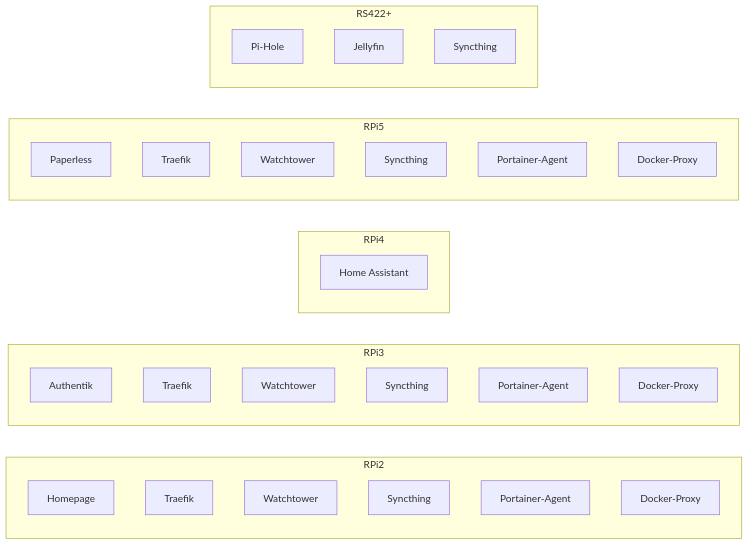
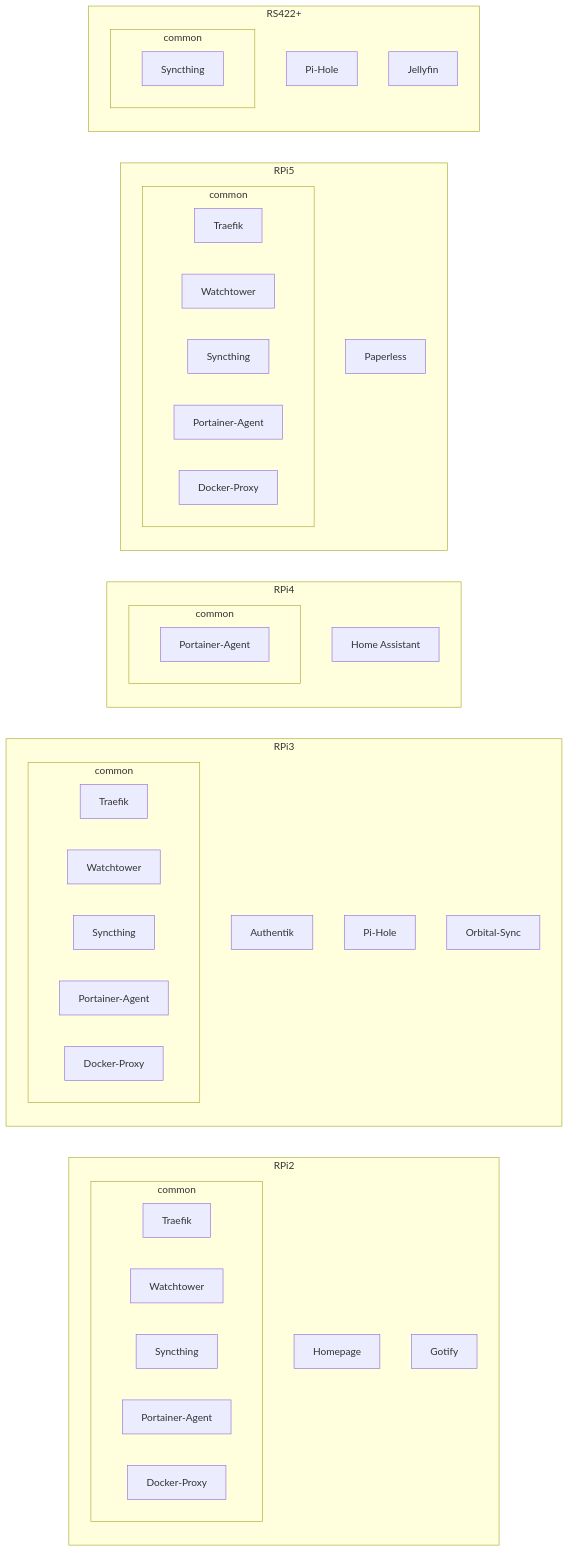
One commit to CFenner/homelab changed the diagram in README.md. Above: the diagram before and after it, drawn with Mermaid.

````diff
--- a/README.md
+++ b/README.md
@@ -3,42 +3,57 @@
 ```mermaid
 
 flowchart LR
 
   subgraph RPi2
     Homepage
-    traefik-rpi2[Traefik]
-    watchtower-rpi2[Watchtower]
-    syncthing-rpi2[Syncthing]
-    portainer-rpi2[Portainer-Agent]
-    pockerproxy-rpi2[Docker-Proxy]
+    Gotify
+    subgraph common-rpi2[common]
+      traefik-rpi2[Traefik]
+      watchtower-rpi2[Watchtower]
+      syncthing-rpi2[Syncthing]
+      portainer-rpi2[Portainer-Agent]
+      pockerproxy-rpi2[Docker-Proxy]
+    end
   end
 
   subgraph RPi3
     Authentik
-    traefik-rpi3[Traefik]
-    watchtower-rpi3[Watchtower]
-    syncthing-rpi3[Syncthing]
-    portainer-rpi3[Portainer-Agent]
-    pockerproxy-rpi3[Docker-Proxy]
+    Pi-Hole
+    Orbital-Sync
+    subgraph common-rpi3[common]
+      traefik-rpi3[Traefik]
+      watchtower-rpi3[Watchtower]
+      syncthing-rpi3[Syncthing]
+      portainer-rpi3[Portainer-Agent]
+      pockerproxy-rpi3[Docker-Proxy]
+    end
   end
 
   subgraph RPi4
     ha[Home Assistant]
+    subgraph common-rpi4[common]
+      portainer-rpi4[Portainer-Agent]
+    end
   end
 
   subgraph RPi5
     Paperless
-    traefik-rpi5[Traefik]
-    watchtower-rpi5[Watchtower]
-    syncthing-rpi5[Syncthing]
-    portainer-rpi5[Portainer-Agent]
-    pockerproxy-rpi5[Docker-Proxy]
+    
+    subgraph common-rpi5[common]
+      traefik-rpi5[Traefik]
+      watchtower-rpi5[Watchtower]
+      syncthing-rpi5[Syncthing]
+      portainer-rpi5[Portainer-Agent]
+      pockerproxy-rpi5[Docker-Proxy]
+    end
   end
 
   subgraph RS422+
-    Pi-Hole
+    secondary-pihole[Pi-Hole]
     Jellyfin
-    syncthing[Syncthing]
+    subgraph common-rs422[common]
+      syncthing[Syncthing]
+    end
   end
 
 ```
````
